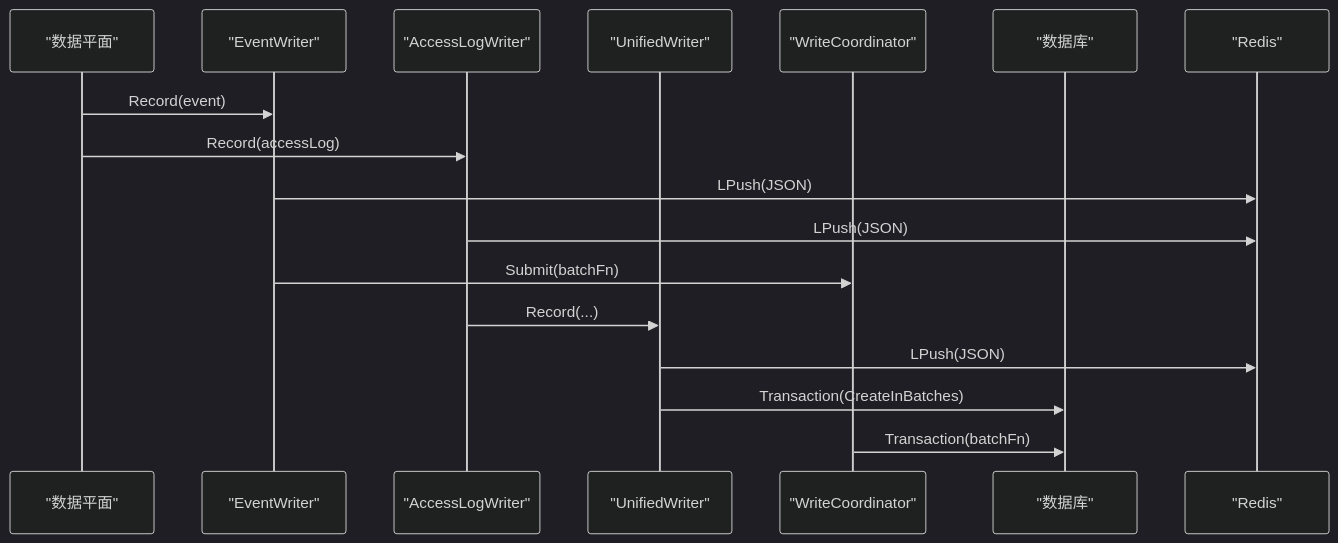
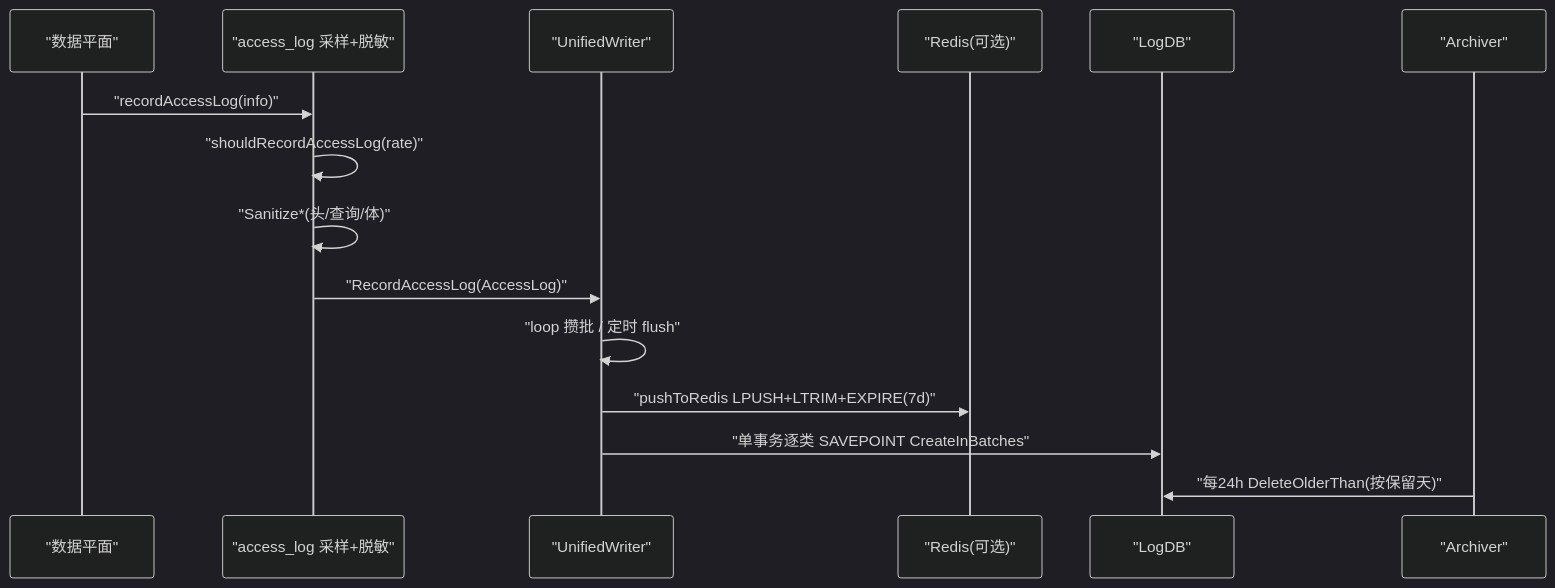
Before and after one commit to x01n/My-OpenWaf: the third of 4 diagrams in docs/监控与可观测性/日志管理系统.md, drawn with Mermaid (dark theme). The commit also changed other lines of this file and 622 other files, not shown here.

````diff
--- a/docs/监控与可观测性/日志管理系统.md
+++ b/docs/监控与可观测性/日志管理系统.md
@@ -179,19 +148,17 @@
 ```mermaid
 sequenceDiagram
 participant DP as "数据平面"
-participant EW as "EventWriter"
-participant ALW as "AccessLogWriter"
+participant AC as "access_log 采样+脱敏"
 participant UW as "UnifiedWriter"
-participant WC as "WriteCoordinator"
-participant DB as "数据库"
-participant RD as "Redis"
-DP->>EW : Record(event)
-DP->>ALW : Record(accessLog)
-EW->>RD : LPush(JSON)
-ALW->>RD : LPush(JSON)
-EW->>WC : Submit(batchFn)
-ALW->>UW : Record(...)
-UW->>RD : LPush(JSON)
-UW->>DB : Transaction(CreateInBatches)
-WC->>DB : Transaction(batchFn)
+participant RD as "Redis(可选)"
+participant LDB as "LogDB"
+participant AR as "Archiver"
+DP->>AC : "recordAccessLog(info)"
+AC->>AC : "shouldRecordAccessLog(rate)"
+AC->>AC : "Sanitize*(头/查询/体)"
+AC->>UW : "RecordAccessLog(AccessLog)"
+UW->>UW : "loop 攒批 / 定时 flush"
+UW->>RD : "pushToRedis LPUSH+LTRIM+EXPIRE(7d)"
+UW->>LDB : "单事务逐类 SAVEPOINT CreateInBatches"
+AR->>LDB : "每24h DeleteOlderThan(按保留天)"
 ```
````
